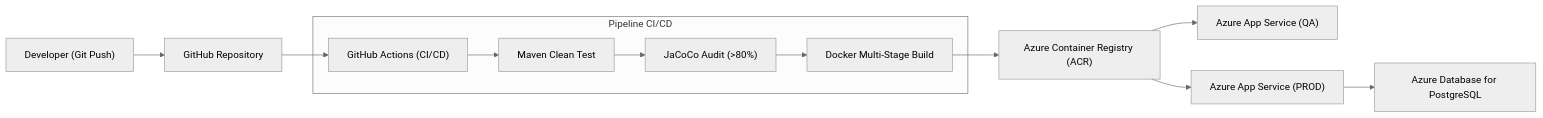
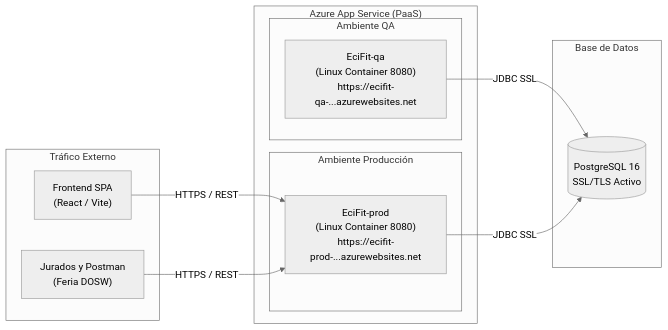
The fifth of 5 diagrams in docs/arquitectura-hld.md (ECI-FIT/ecifit-backend), drawn with Mermaid (neutral theme) before and after one commit. The commit also changed other lines of this file and 5 other files, not shown here.

````diff
--- a/docs/arquitectura-hld.md
+++ b/docs/arquitectura-hld.md
@@ -539,14 +629,25 @@
 ```mermaid
 flowchart LR
-    Dev["Developer (Git Push)"] --> GH["GitHub Repository"]
-    GH --> GHA["GitHub Actions (CI/CD)"]
-    subgraph CI["Pipeline CI/CD"]
-        GHA --> Build["Maven Clean Test"]
-        Build --> Jacoco["JaCoCo Audit (>80%)"]
-        Jacoco --> DockerBuild["Docker Multi-Stage Build"]
+    subgraph Internet["Tráfico Externo"]
+        WebFront["Frontend SPA\n(React / Vite)"]
+        Jurados["Jurados y Postman\n(Feria DOSW)"]
     end
-    DockerBuild --> ACR["Azure Container Registry (ACR)"]
-    ACR --> AppQA["Azure App Service (QA)"]
-    ACR --> AppProd["Azure App Service (PROD)"]
-    AppProd --> Postgres["Azure Database for PostgreSQL"]
+
+    subgraph AzureCloud["Azure App Service (PaaS)"]
+        subgraph QA["Ambiente QA"]
+            AppQA["EciFit-qa\n(Linux Container 8080)\nhttps://ecifit-qa-...azurewebsites.net"]
+        end
+        subgraph PROD["Ambiente Producción"]
+            AppProd["EciFit-prod\n(Linux Container 8080)\nhttps://ecifit-prod-...azurewebsites.net"]
+        end
+    end
+
+    subgraph DataTier["Base de Datos"]
+        AzurePG[("PostgreSQL 16\nSSL/TLS Activo")]
+    end
+
+    WebFront -->|"HTTPS / REST"| AppProd
+    Jurados -->|"HTTPS / REST"| AppProd
+    AppQA -->|"JDBC SSL"| AzurePG
+    AppProd -->|"JDBC SSL"| AzurePG
 ```
````
